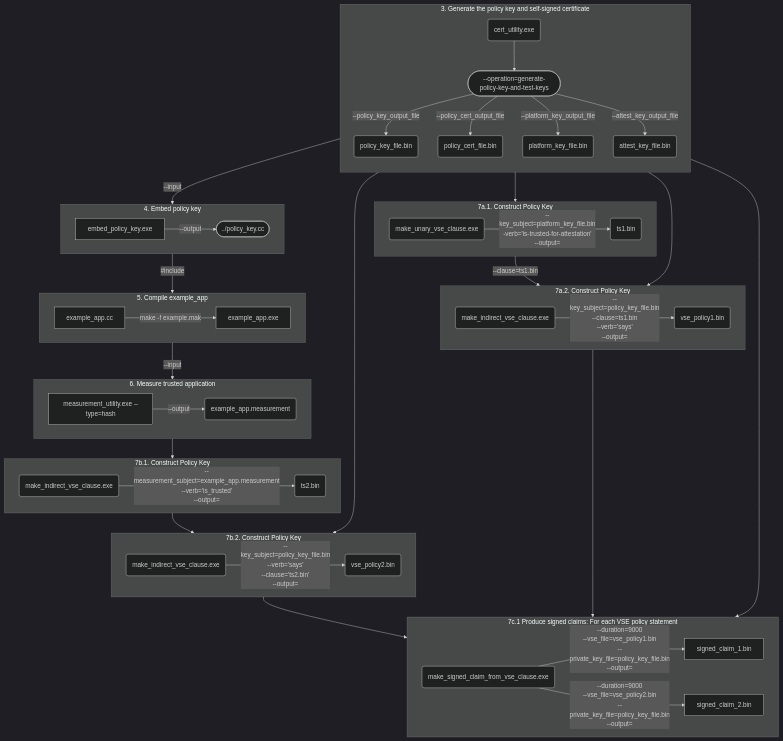
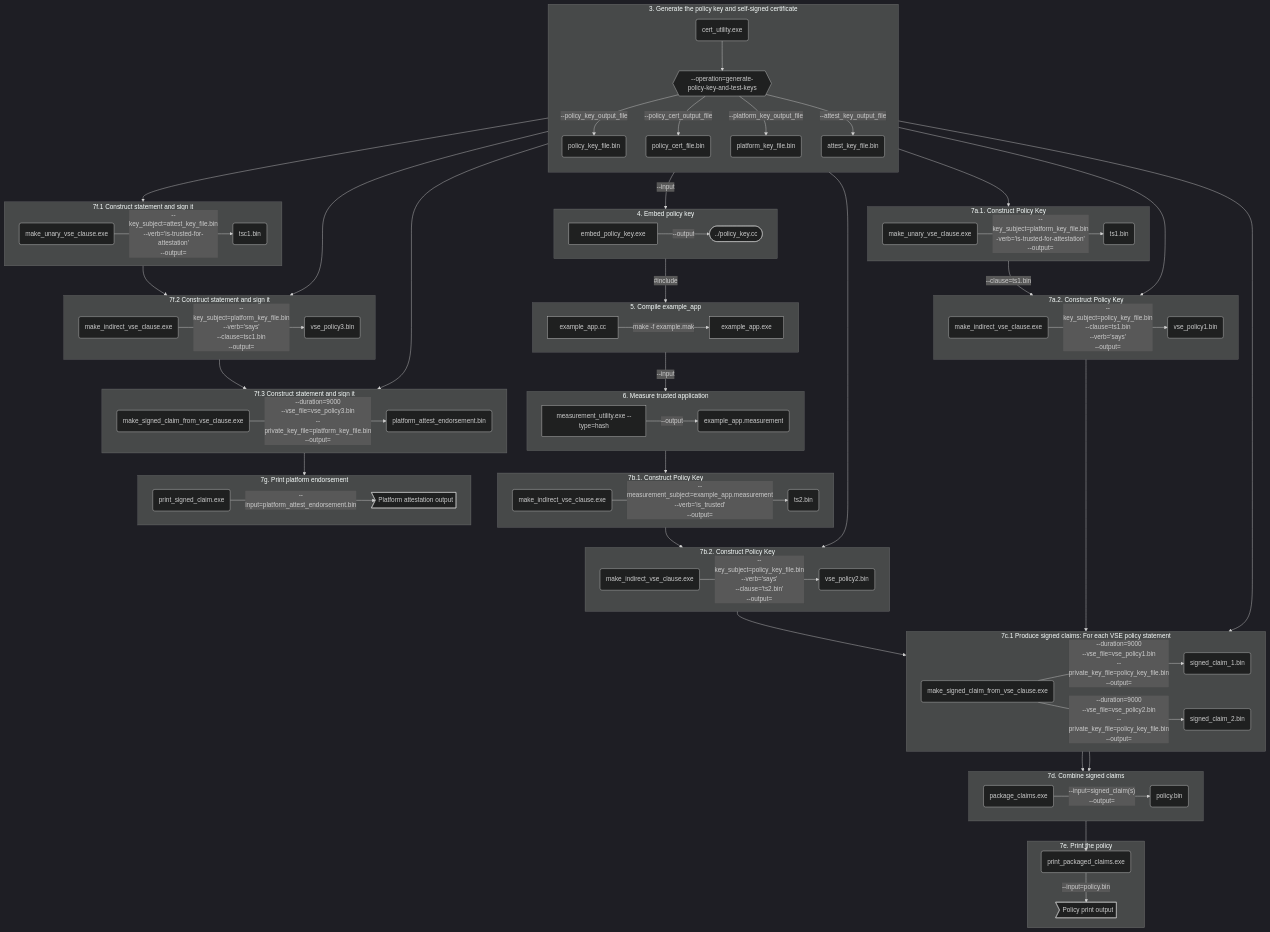
One commit to georgievaVMW/certifier-framework-for-confidential-computing changed the second of 2 diagrams in sample_apps/simple_app/instructions.md. Above: the diagram before and after it, drawn with Mermaid (dark theme). The commit also changed other lines of this file, not shown here.

Commit message:
Workflow thru [7g. Print platform endorsement]

````diff
--- a/sample_apps/simple_app/instructions.md
+++ b/sample_apps/simple_app/instructions.md
@@ -95,7 +80,7 @@
  flowchart TB
     subgraph sg3 [3. Generate the policy key and self-signed certificate]
       direction TB
-      id12(cert_utility.exe) --> id31(["--operation=generate-policy-key-and-test-keys"])
+      id12(cert_utility.exe) --> id31{{"--operation=generate-policy-key-and-test-keys"}}
       id31 -- "--policy_key_output_file"   --> id32(policy_key_file.bin)
       id31 -- "--policy_cert_output_file"  --> id33(policy_cert_file.bin)
       id31 -- "--platform_key_output_file" --> id34(platform_key_file.bin)
@@ -151,9 +136,48 @@
     direction LR
     id7a2_o --> id7c1_exe(make_signed_claim_from_vse_clause.exe)
     id32    --> id7c1_exe
-    id7c1_exe -- "--duration=9000\n--vse_file=vse_policy1.bin\n--private_key_file=policy_key_file.bin\n--output=" --> signed_claim_1.bin
+    id7c1_exe -- "--duration=9000\n--vse_file=vse_policy1.bin\n--private_key_file=policy_key_file.bin\n--output=" --> id7c1_o1(signed_claim_1.bin)
 
     id7b2_o --> id7c1_exe
-    id7c1_exe -- "--duration=9000\n--vse_file=vse_policy2.bin\n--private_key_file=policy_key_file.bin\n--output=" --> signed_claim_2.bin
+    id7c1_exe -- "--duration=9000\n--vse_file=vse_policy2.bin\n--private_key_file=policy_key_file.bin\n--output=" --> id7c1_o2(signed_claim_2.bin)
   end
+
+  subgraph sg7d [7d. Combine signed claims]
+    direction LR
+    id7c1_o1 --> id7d_exe(package_claims.exe)
+    id7c1_o2 --> id7d_exe
+    id7d_exe -- "--input=signed_claim(s)\n--output=" --> id7d_o(policy.bin)
+  end
+
+  subgraph sg7e [7e. Print the policy]
+    id7d_o --> id7d_exe2(print_packaged_claims.exe)
+    id7d_exe2 -- "--input=policy.bin" --> id7e_op>Policy print output]
+  end
+
+  subgraph sg7f1 [7f.1 Construct statement and sign it]
+    direction LR
+    id35      --> id7f1_exe(make_unary_vse_clause.exe)
+    id7f1_exe -- "--key_subject=attest_key_file.bin\n--verb='is-trusted-for-attestation'\n--output=" --> id7f1_o(tsc1.bin)
+  end
+
+  subgraph sg7f2 [7f.2 Construct statement and sign it]
+    direction LR
+    id34 --> id7f2_exe(make_indirect_vse_clause.exe)
+    id7f1_o --> id7f2_exe
+    id7f2_exe -- "--key_subject=platform_key_file.bin\n--verb='says'\n--clause=tsc1.bin\n--output=" --> id7f2_o(vse_policy3.bin)
+  end
+
+  subgraph sg7f3 [7f.3 Construct statement and sign it]
+    direction LR
+    id7f2_o --> id7f3_exe(make_signed_claim_from_vse_clause.exe)
+    id34 --> id7f3_exe
+    id7f3_exe -- "--duration=9000\n--vse_file=vse_policy3.bin\n--private_key_file=platform_key_file.bin\n--output=" --> id7f3_o(platform_attest_endorsement.bin)
+  end
+
+  subgraph sg7g [7g. Print platform endorsement]
+    direction LR
+    id7f3_o --> id7g_exe(print_signed_claim.exe)
+    id7g_exe -- "--input=platform_attest_endorsement.bin" --> id7g_op>Platform attestation output]
+  end
+
 ```
````
